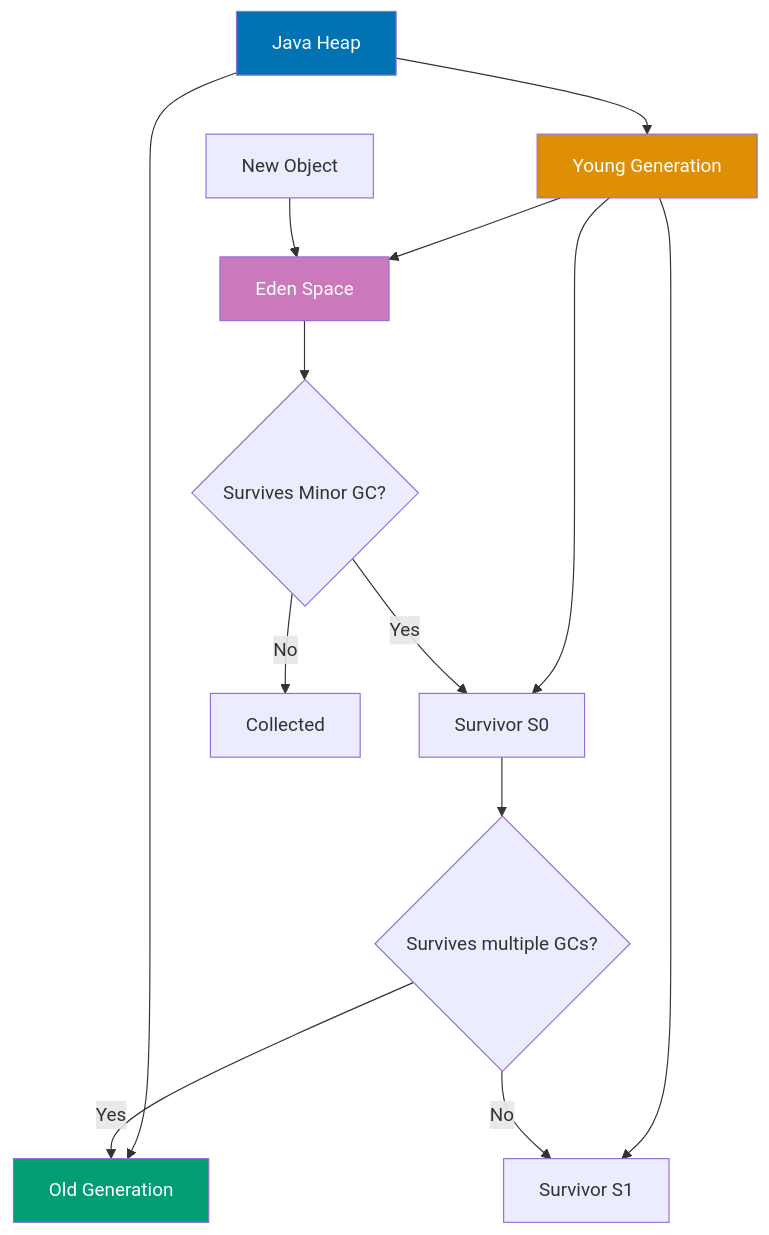
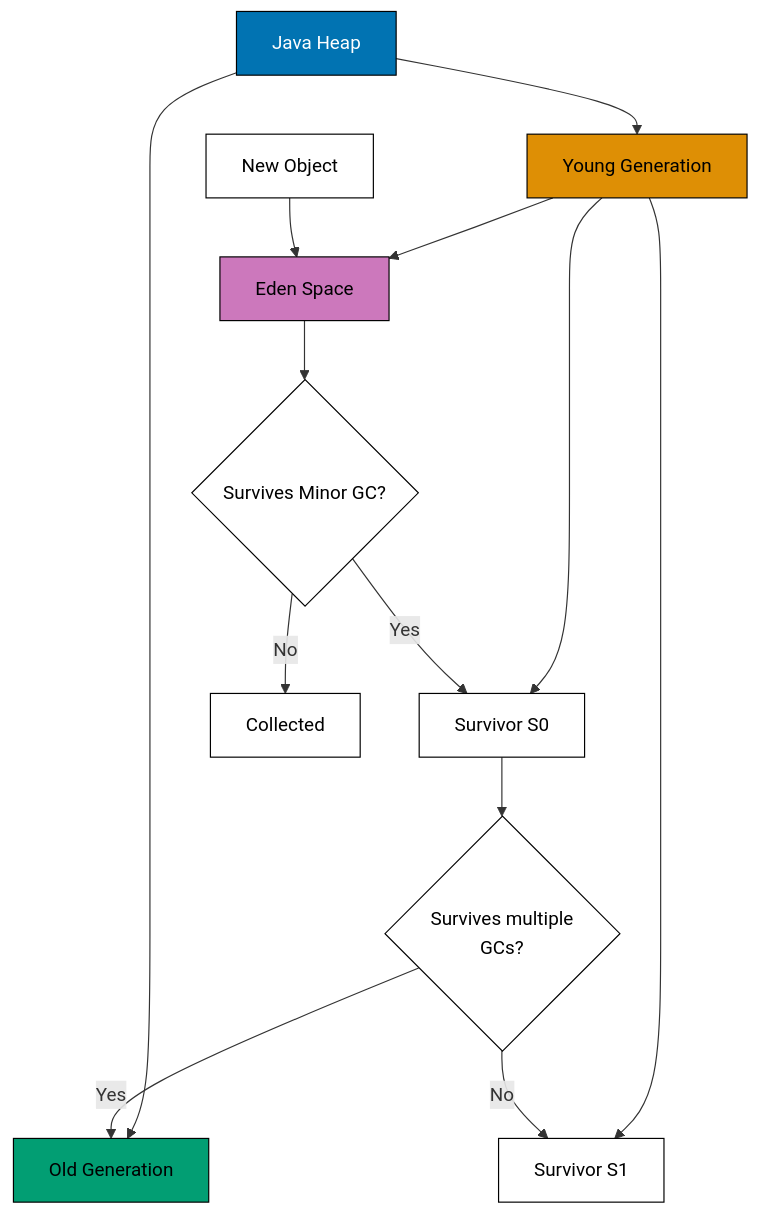
The sixth of 13 diagrams in apps/ayokoding-www/content/en/learn/legacy/software-engineering/programming-languages/java/by-example/advanced.md (wahidyankf/ose-public), drawn with Mermaid before and after one commit. The commit also changed other lines of this file and 112 other files, not shown here.

First line of the commit message:
fix(mermaid): bring the legacy programming-languages diagrams onto the accessible palette

````diff
--- a/apps/ayokoding-www/content/en/learn/legacy/software-engineering/programming-languages/java/by-example/advanced.md
+++ b/apps/ayokoding-www/content/en/learn/legacy/software-engineering/programming-languages/java/by-example/advanced.md
@@ -1440,22 +1471,29 @@
 ```mermaid
 %% Color Palette: Blue #0173B2, Orange #DE8F05, Teal #029E73, Purple #CC78BC, Brown #CA9161
 graph TD
+    accTitle: Example 75: Garbage Collection Basics
+    accDescr: Graph with 10 nodes and 12 connections. Nodes: Java Heap, Young Generation, Old Generation, Eden Space, Survivor S0, Survivor S1, New Object, Survives Minor GC?, Collected, Survives multiple GCs?. Connections: Java Heap to Young Generation, Java Heap to Old Generation, Young Generation to Eden Space, Young Generation to Survivor S0, Young Generation to Survivor S1, New Object to Eden Space, Eden Space to Survives Minor GC?, Survives Minor GC? to Collected (No), Survives Minor GC? to Survivor S0 (Yes), Survivor S0 to Survives multiple GCs?, Survives multiple GCs? to Old Generation (Yes), Survives multiple GCs? to Survivor S1 (No).
     A[Java Heap] --> B[Young Generation]
     A --> C[Old Generation]
     B --> D[Eden Space]
     B --> E[Survivor S0]
     B --> F[Survivor S1]
 
     G[New Object] --> D
     D --> H{Survives Minor GC?}
     H -->|No| I[Collected]
     H -->|Yes| E
-    E --> J{Survives multiple GCs?}
+    E --> J{Survives multiple<br/>GCs?}
     J -->|Yes| C
     J -->|No| F
 
-    style A fill:#0173B2,color:#fff
-    style B fill:#DE8F05,color:#fff
-    style C fill:#029E73,color:#fff
-    style D fill:#CC78BC,color:#fff
+    classDef pal-0173B2 fill:#0173B2,stroke:#000000,color:#FFFFFF
+    class A pal-0173B2
+    classDef pal-DE8F05 fill:#DE8F05,stroke:#000000,color:#000000
+    class B pal-DE8F05
+    classDef pal-029E73 fill:#029E73,stroke:#000000,color:#000000
+    class C pal-029E73
+    classDef pal-CC78BC fill:#CC78BC,stroke:#000000,color:#000000
+    class D pal-CC78BC
+    classDef default fill:#FFFFFF,stroke:#000000,color:#000000
 ```
````
